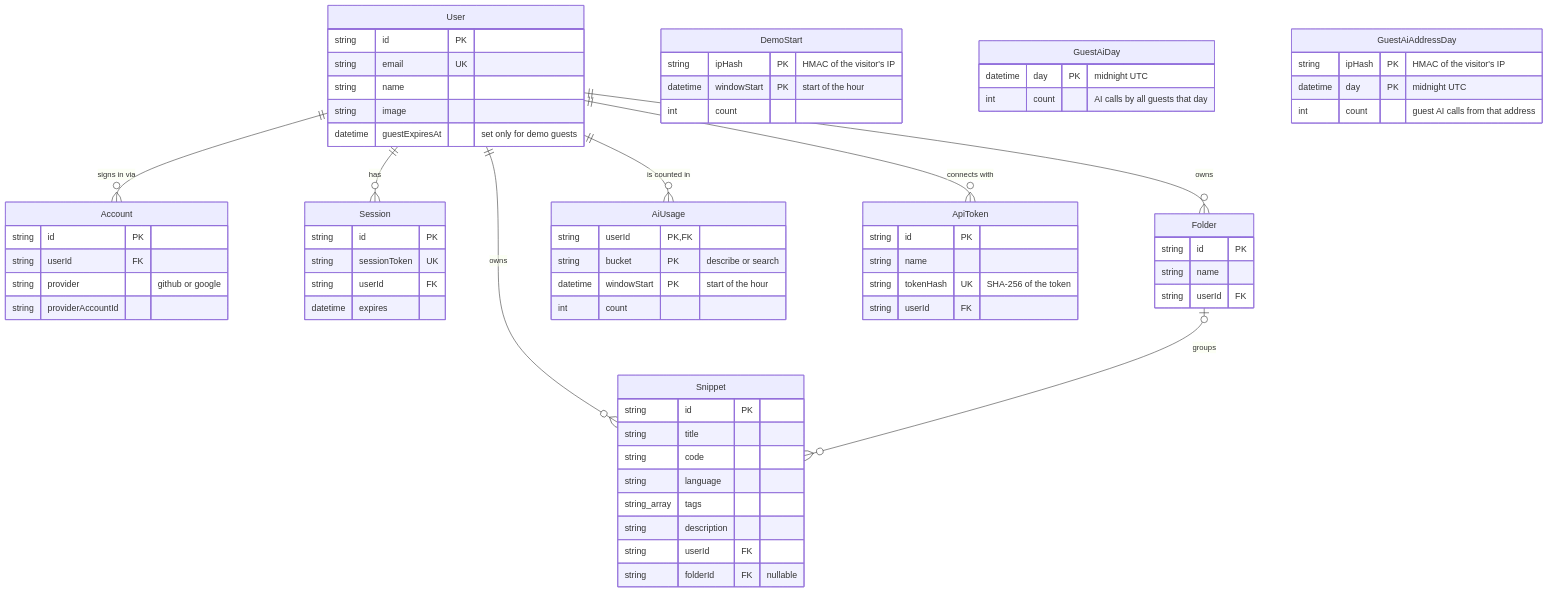
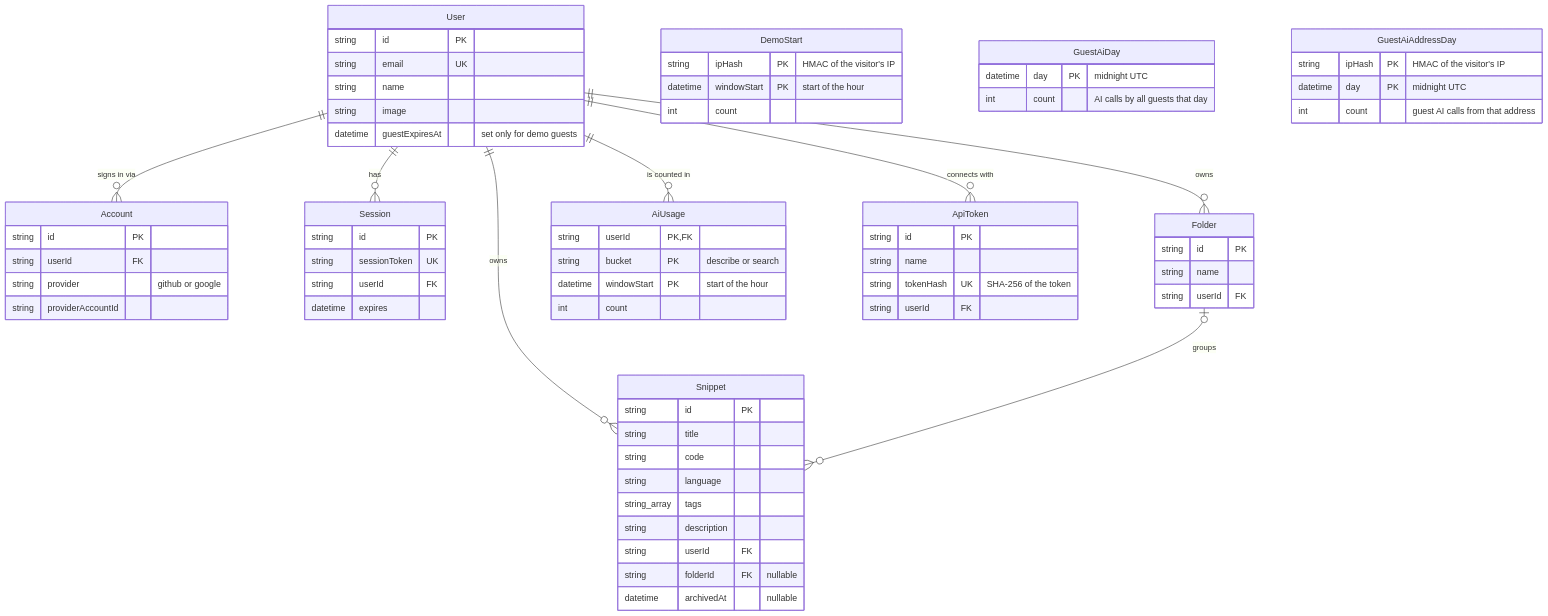
The third of 4 diagrams in docs/ARCHITECTURE.md (RyanDanielWalker/snippr), drawn with Mermaid before and after one commit. The commit also changed other lines of this file and 4 other files, not shown here.

First line of the commit message:
docs: record the archive in ADR 0056, the architecture, and the roadmap

````diff
--- a/docs/ARCHITECTURE.md
+++ b/docs/ARCHITECTURE.md
@@ -125,71 +125,72 @@
 ```mermaid
 erDiagram
     User ||--o{ Account : "signs in via"
     User ||--o{ Session : "has"
     User ||--o{ Snippet : "owns"
     User ||--o{ Folder : "owns"
     User ||--o{ AiUsage : "is counted in"
     User ||--o{ ApiToken : "connects with"
     Folder |o--o{ Snippet : "groups"
 
     User {
         string id PK
         string email UK
         string name
         string image
         datetime guestExpiresAt "set only for demo guests"
     }
     DemoStart {
         string ipHash PK "HMAC of the visitor's IP"
         datetime windowStart PK "start of the hour"
         int count
     }
     GuestAiDay {
         datetime day PK "midnight UTC"
         int count "AI calls by all guests that day"
     }
     GuestAiAddressDay {
         string ipHash PK "HMAC of the visitor's IP"
         datetime day PK "midnight UTC"
         int count "guest AI calls from that address"
     }
     Account {
         string id PK
         string userId FK
         string provider "github or google"
         string providerAccountId
     }
     Session {
         string id PK
         string sessionToken UK
         string userId FK
         datetime expires
     }
     Folder {
         string id PK
         string name
         string userId FK
     }
     ApiToken {
         string id PK
         string name
         string tokenHash UK "SHA-256 of the token"
         string userId FK
     }
     AiUsage {
         string userId PK, FK
         string bucket PK "describe or search"
         datetime windowStart PK "start of the hour"
         int count
     }
     Snippet {
         string id PK
         string title
         string code
         string language
         string_array tags
         string description
         string userId FK
         string folderId FK "nullable"
+        datetime archivedAt "nullable"
     }
 ```
````
